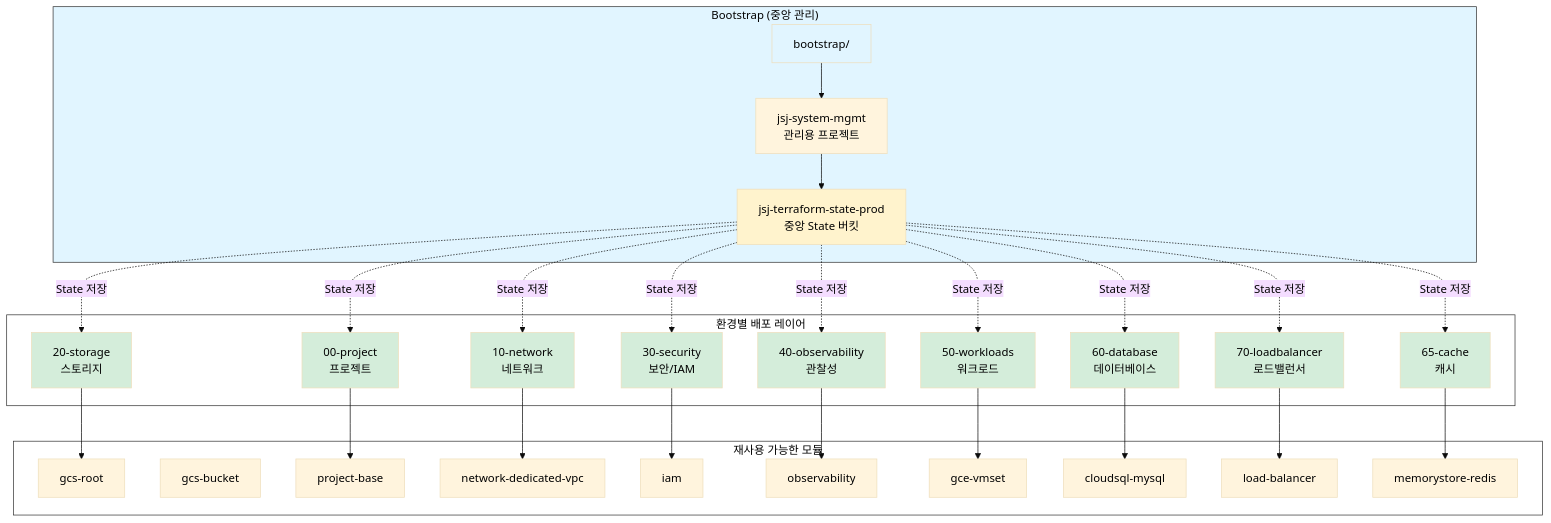
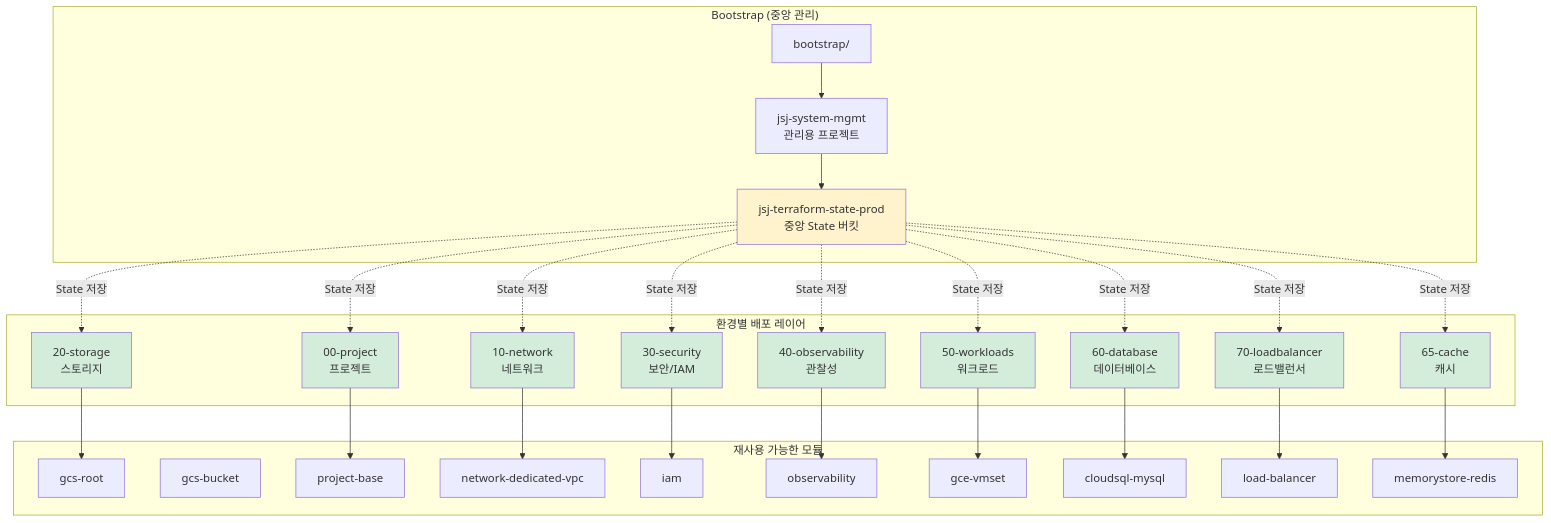
Before and after one commit to JSJ2337/GCP_terraform_code: the first of 9 diagrams in terraform_gcp_infra/docs/architecture/diagrams.md, drawn with Mermaid. The commit also changed other lines of this file and 5 other files, not shown here.

First line of the commit message:
fix: Mermaid 다이어그램 테마를 default로 변경 및 단순화

````diff
--- a/terraform_gcp_infra/docs/architecture/diagrams.md
+++ b/terraform_gcp_infra/docs/architecture/diagrams.md
@@ -18,71 +18,68 @@
 ```mermaid
-%%{init: {'theme': 'base', 'themeVariables': { 'primaryTextColor': '#000000', 'secondaryTextColor': '#000000', 'tertiaryTextColor': '#000000', 'clusterBkg': '#ffffff', 'clusterBorder': '#333333' }}}%%
+%%{init: {'theme': 'default'}}%%
 graph TB
     subgraph Bootstrap["Bootstrap (중앙 관리)"]
         B[bootstrap/]
         B_PROJ[jsj-system-mgmt<br/>관리용 프로젝트]
         B_BUCKET[jsj-terraform-state-prod<br/>중앙 State 버킷]
         B --> B_PROJ
         B_PROJ --> B_BUCKET
     end
 
     subgraph Modules["재사용 가능한 모듈"]
         M1[gcs-root]
         M2[gcs-bucket]
         M3[project-base]
         M4[network-dedicated-vpc]
         M5[iam]
         M6[observability]
         M7[gce-vmset]
         M8[cloudsql-mysql]
         M9[load-balancer]
         M10[memorystore-redis]
     end
 
     subgraph Layers["환경별 배포 레이어"]
         E0[00-project<br/>프로젝트]
         E1[10-network<br/>네트워크]
         E2[20-storage<br/>스토리지]
         E3[30-security<br/>보안/IAM]
         E4[40-observability<br/>관찰성]
         E5[50-workloads<br/>워크로드]
         E6[60-database<br/>데이터베이스]
         E7[65-cache<br/>캐시]
         E8[70-loadbalancer<br/>로드밸런서]
     end
 
     B_BUCKET -.State 저장.-> E0
     B_BUCKET -.State 저장.-> E1
     B_BUCKET -.State 저장.-> E2
     B_BUCKET -.State 저장.-> E3
     B_BUCKET -.State 저장.-> E4
     B_BUCKET -.State 저장.-> E5
     B_BUCKET -.State 저장.-> E6
     B_BUCKET -.State 저장.-> E7
     B_BUCKET -.State 저장.-> E8
 
     E0 --> M3
     E1 --> M4
     E2 --> M1
     E3 --> M5
     E4 --> M6
     E5 --> M7
     E6 --> M8
     E7 --> M10
     E8 --> M9
 
-    style Bootstrap fill:#e1f5ff,color:#000000
-    style Modules fill:#ffffff,color:#000000
-    style Layers fill:#ffffff,color:#000000
-    style B fill:#e1f5ff
+    style Bootstrap fill:#e1f5ff    style Modules fill:#ffffff    style Layers fill:#ffffff    style B fill:#e1f5ff
     style B_BUCKET fill:#fff3cd
     style E0 fill:#d4edda
     style E1 fill:#d4edda
     style E2 fill:#d4edda
     style E3 fill:#d4edda
     style E4 fill:#d4edda
     style E5 fill:#d4edda
     style E6 fill:#d4edda
     style E7 fill:#d4edda
     style E8 fill:#d4edda
 ```
````
